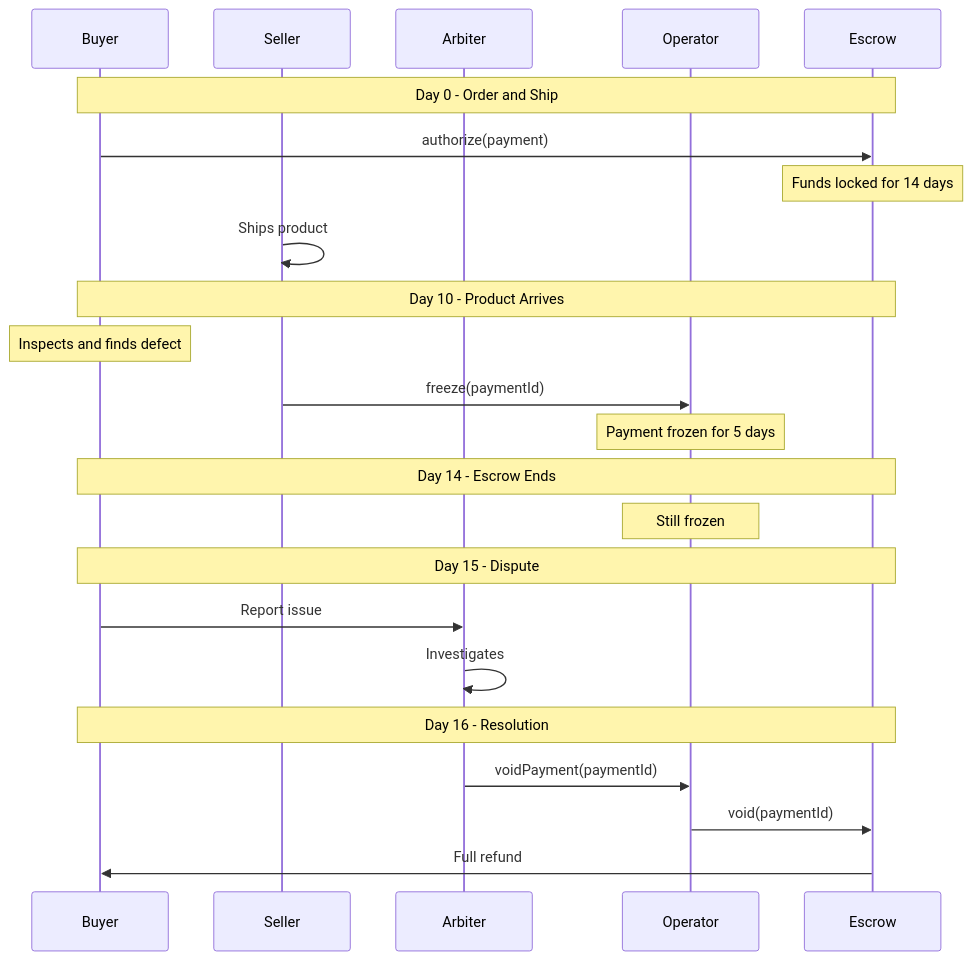
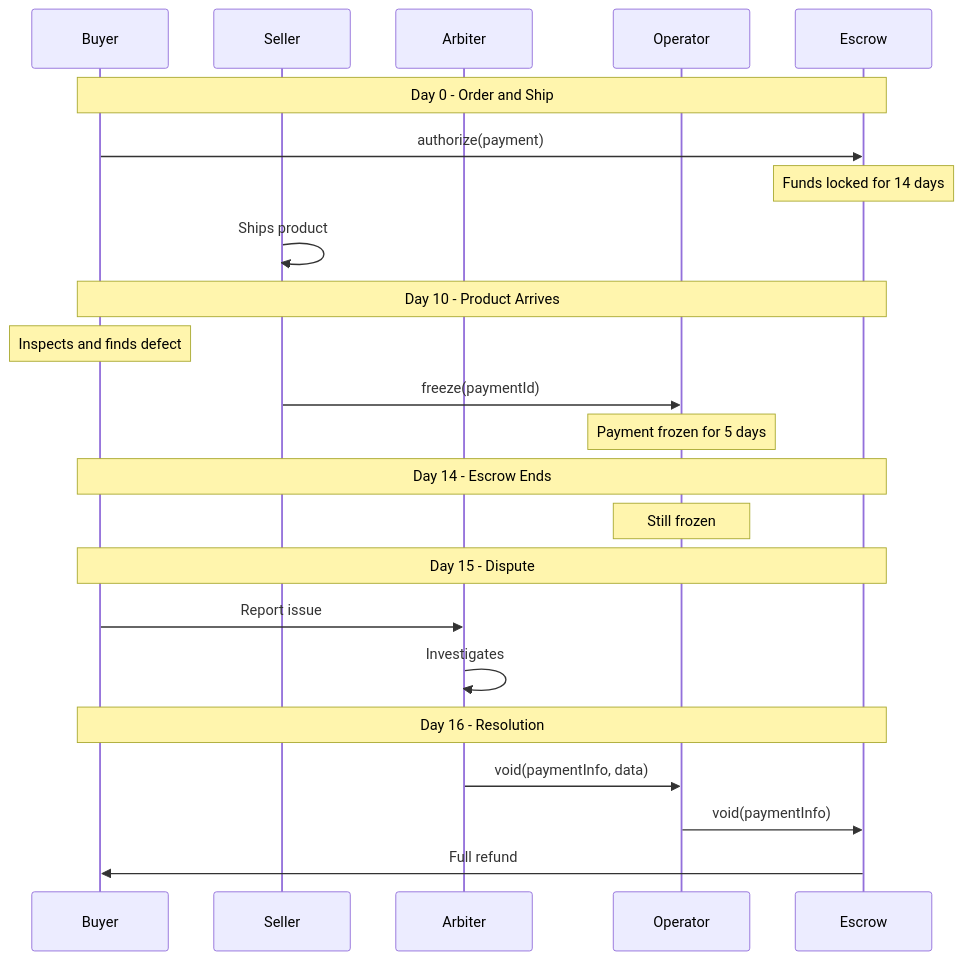
One commit to BackTrackCo/docs changed the second of 8 diagrams in contracts/examples.mdx. Above: the diagram before and after it, drawn with Mermaid. The commit also changed other lines of this file and 30 other files, not shown here.

````diff
--- a/contracts/examples.mdx
+++ b/contracts/examples.mdx
@@ -223,30 +218,30 @@
 ```mermaid
 sequenceDiagram
     participant Buyer
     participant Seller
     participant Arbiter
     participant Operator
     participant Escrow
 
     Note over Buyer,Escrow: Day 0 - Order and Ship
     Buyer->>Escrow: authorize(payment)
     Note over Escrow: Funds locked for 14 days
     Seller->>Seller: Ships product
 
     Note over Buyer,Escrow: Day 10 - Product Arrives
     Note over Buyer: Inspects and finds defect
     Seller->>Operator: freeze(paymentId)
     Note over Operator: Payment frozen for 5 days
 
     Note over Buyer,Escrow: Day 14 - Escrow Ends
     Note over Operator: Still frozen
 
     Note over Buyer,Escrow: Day 15 - Dispute
     Buyer->>Arbiter: Report issue
     Arbiter->>Arbiter: Investigates
 
     Note over Buyer,Escrow: Day 16 - Resolution
-    Arbiter->>Operator: voidPayment(paymentId)
-    Operator->>Escrow: void(paymentId)
+    Arbiter->>Operator: void(paymentInfo, data)
+    Operator->>Escrow: void(paymentInfo)
     Escrow->>Buyer: Full refund
 ```
````
